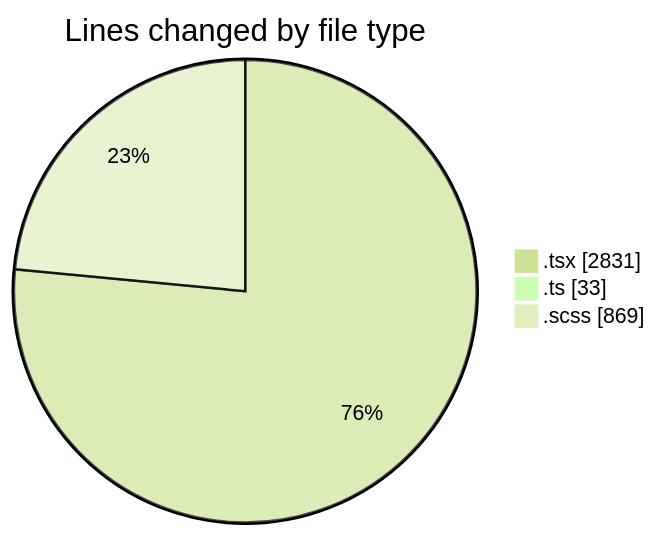
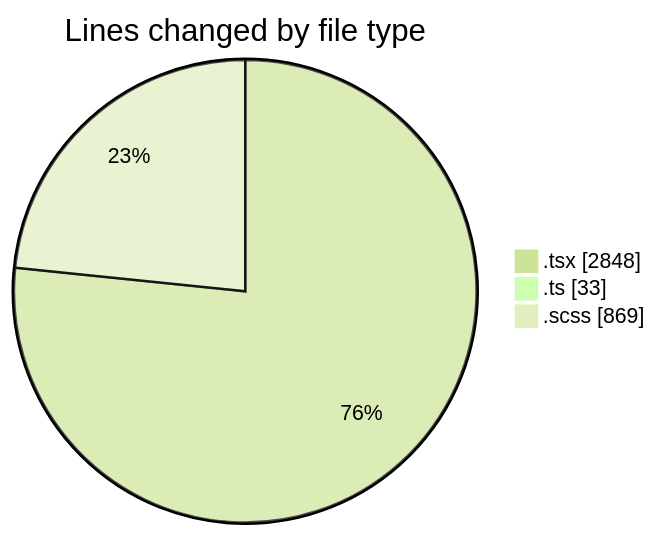
The first of 2 diagrams in 2025-02-12/cda/README.md (momahboobian/code-tracking), drawn with Mermaid (forest theme) before and after one commit. The commit also changed other lines of this file and 1 other file, not shown here.

````diff
--- a/2025-02-12/cda/README.md
+++ b/2025-02-12/cda/README.md
@@ -30,7 +30,7 @@
 ```mermaid
 pie showData
 title Lines changed by file type
-".tsx" : 2831
+".tsx" : 2848
 ".ts" : 33
 ".scss" : 869
 ```
````
